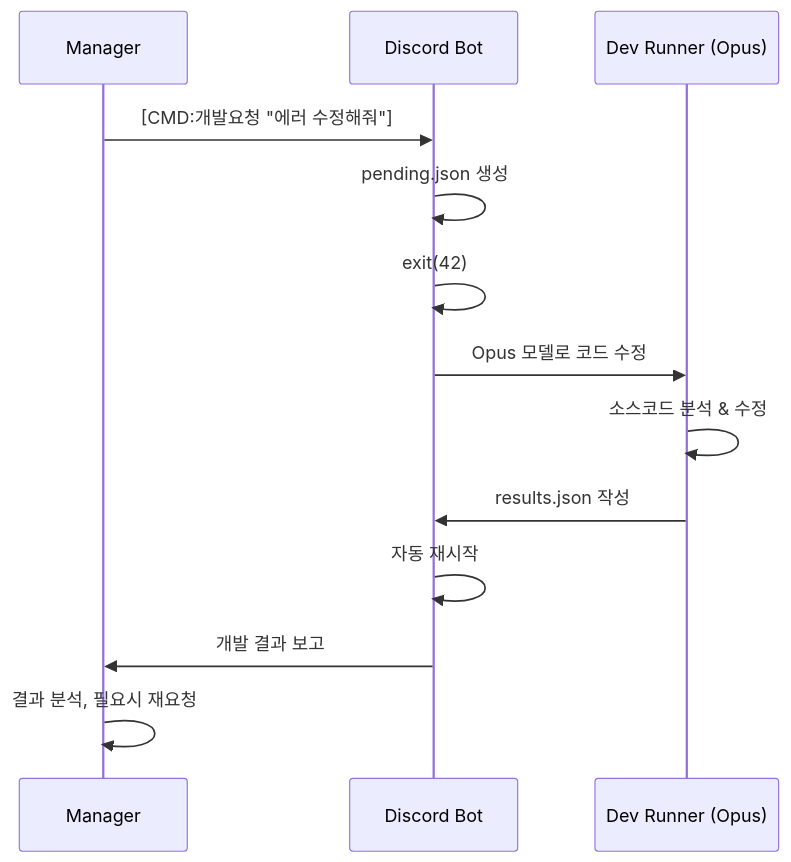
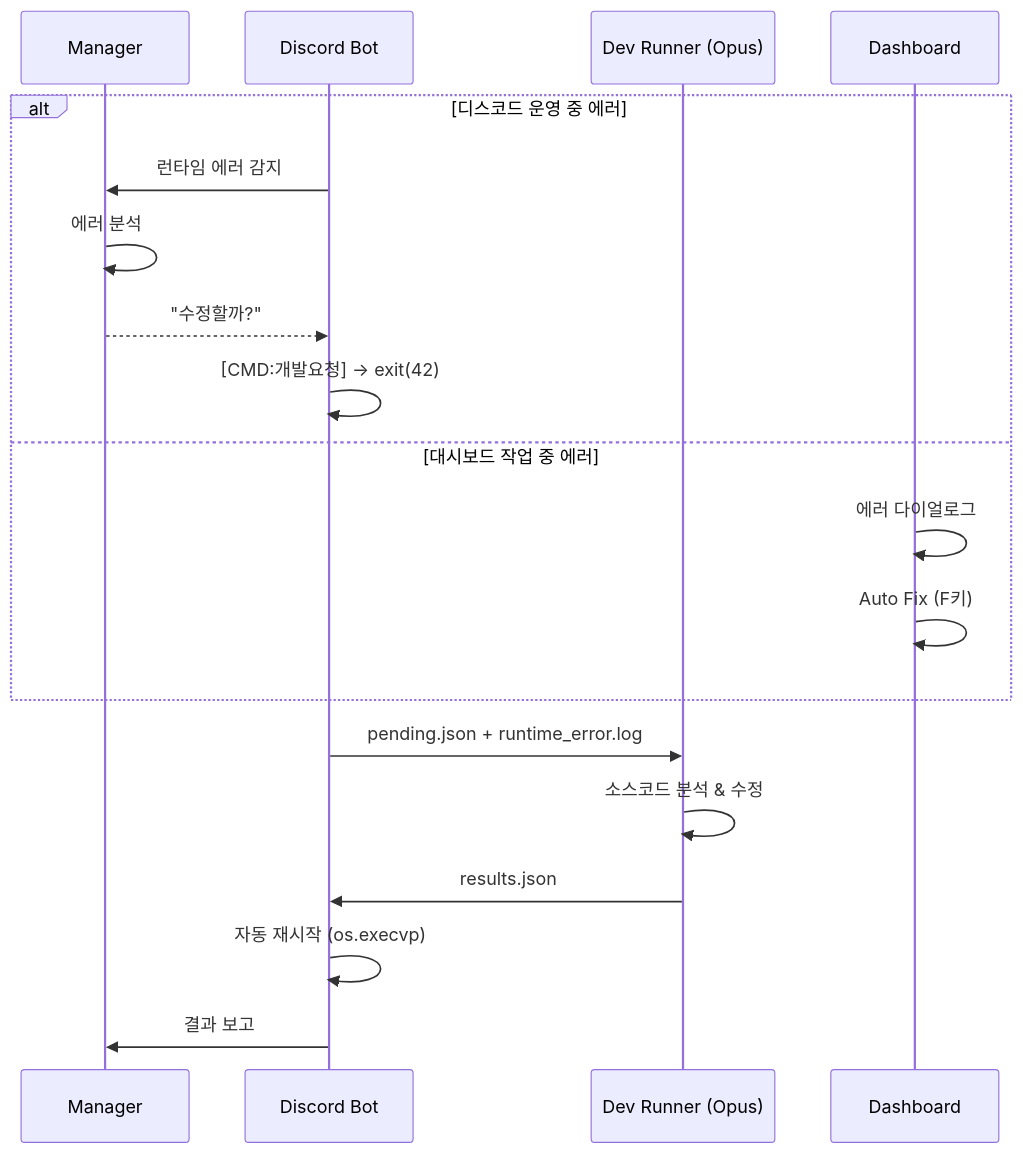
The fifth of 5 diagrams in README.md (je-empty/Glimi), drawn with Mermaid before and after one commit. The commit also changed other lines of this file, not shown here.

First line of the commit message:
README: complete rewrite with project vision + architecture diagrams

````diff
--- a/README.md
+++ b/README.md
@@ -141,16 +201,23 @@
 ```mermaid
 sequenceDiagram
     participant M as Manager
     participant Bot as Discord Bot
     participant Dev as Dev Runner (Opus)
+    participant Dash as Dashboard
 
-    M->>Bot: [CMD:개발요청 "에러 수정해줘"]
-    Bot->>Bot: pending.json 생성
-    Bot->>Bot: exit(42)
-    Bot->>Dev: Opus 모델로 코드 수정
+    alt 디스코드 운영 중 에러
+        Bot->>M: 런타임 에러 감지
+        M->>M: 에러 분석
+        M-->>Bot: "수정할까?"
+        Bot->>Bot: [CMD:개발요청] → exit(42)
+    else 대시보드 작업 중 에러
+        Dash->>Dash: 에러 다이얼로그
+        Dash->>Dash: Auto Fix (F키)
+    end
+
+    Bot->>Dev: pending.json + runtime_error.log
     Dev->>Dev: 소스코드 분석 & 수정
-    Dev->>Bot: results.json 작성
-    Bot->>Bot: 자동 재시작
-    Bot->>M: 개발 결과 보고
-    M->>M: 결과 분석, 필요시 재요청
+    Dev->>Bot: results.json
+    Bot->>Bot: 자동 재시작 (os.execvp)
+    Bot->>M: 결과 보고
 ```
````
